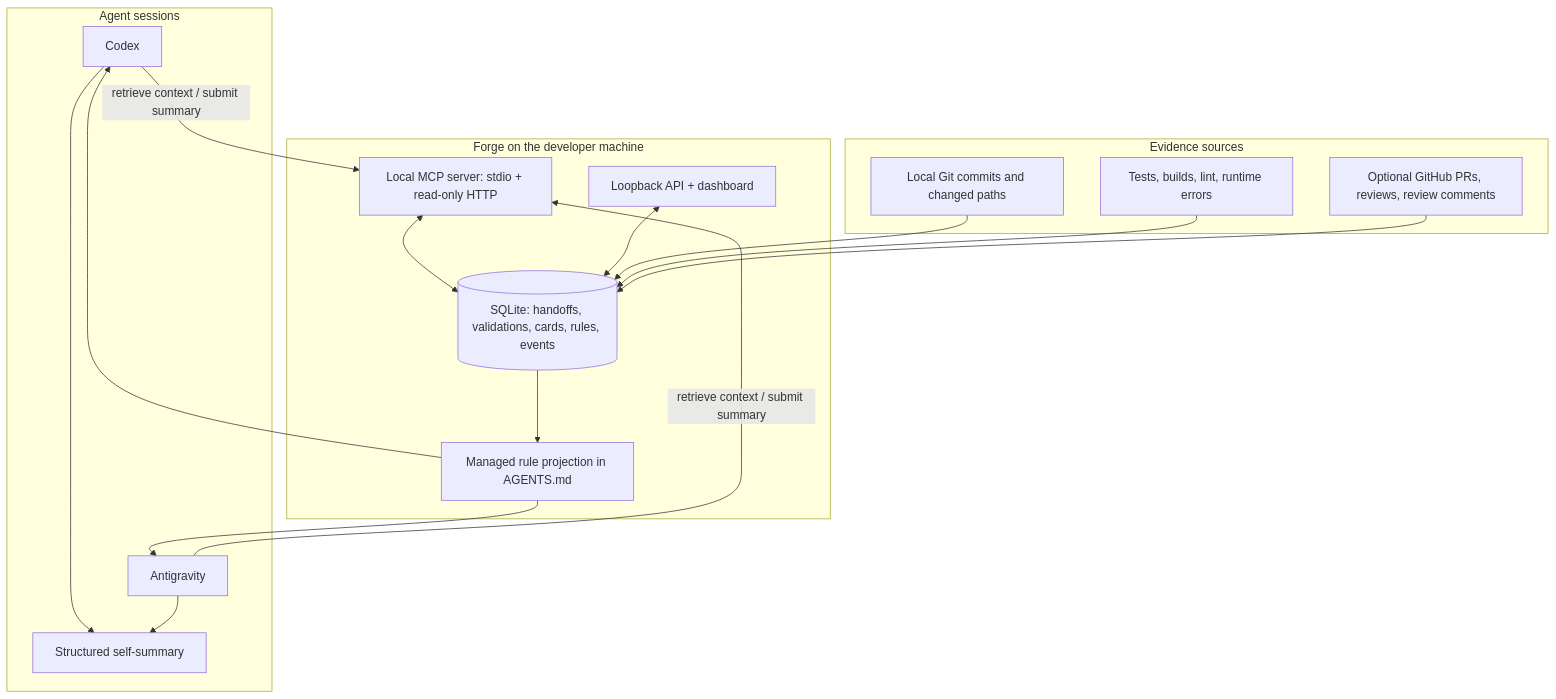
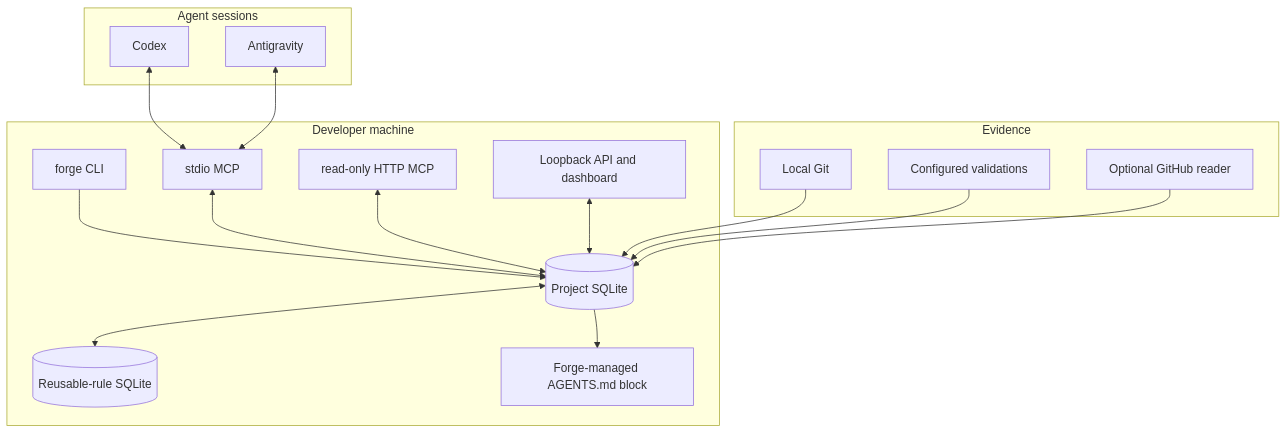
Before and after one commit to jeel1566/Forge: the first of 2 diagrams in docs/ARCHITECTURE.md, drawn with Mermaid. The commit also changed other lines of this file and 19 other files, not shown here.

````diff
--- a/docs/ARCHITECTURE.md
+++ b/docs/ARCHITECTURE.md
@@ -11,33 +11,32 @@
 ```mermaid
 flowchart TB
-  subgraph Agents[Agent sessions]
-    C[Codex]
-    A[Antigravity]
-    C --> S[Structured self-summary]
-    A --> S
+  subgraph Agent sessions
+    Codex[Codex]
+    Antigravity[Antigravity]
   end
-
-  subgraph Forge[Forge on the developer machine]
-    MCP[Local MCP server: stdio + read-only HTTP]
-    API[Loopback API + dashboard]
-  DB[(SQLite: handoffs, validations, cards, rules, events)]
-    Rules[Managed rule projection in AGENTS.md]
-    MCP <--> DB
-    API <--> DB
-    DB --> Rules
+  subgraph Developer machine
+    CLI[forge CLI]
+    MCP[stdio MCP]
+    HTTP[read-only HTTP MCP]
+    API[Loopback API and dashboard]
+    DB[(Project SQLite)]
+    Registry[(Reusable-rule SQLite)]
+    Rules[Forge-managed AGENTS.md block]
   end
-
-  subgraph Evidence[Evidence sources]
-    Git[Local Git commits and changed paths]
-    Checks[Tests, builds, lint, runtime errors]
-    GH[Optional GitHub PRs, reviews, review comments]
+  subgraph Evidence
+    Git[Local Git]
+    Validation[Configured validations]
+    GitHub[Optional GitHub reader]
   end
-
-  C -->|retrieve context / submit summary| MCP
-  A -->|retrieve context / submit summary| MCP
+  Codex <--> MCP
+  Antigravity <--> MCP
+  CLI --> DB
+  MCP <--> DB
+  HTTP <--> DB
+  API <--> DB
   Git --> DB
-  Checks --> DB
-  GH --> DB
-  Rules --> C
-  Rules --> A
+  Validation --> DB
+  GitHub --> DB
+  DB <--> Registry
+  DB --> Rules
 ```
````
